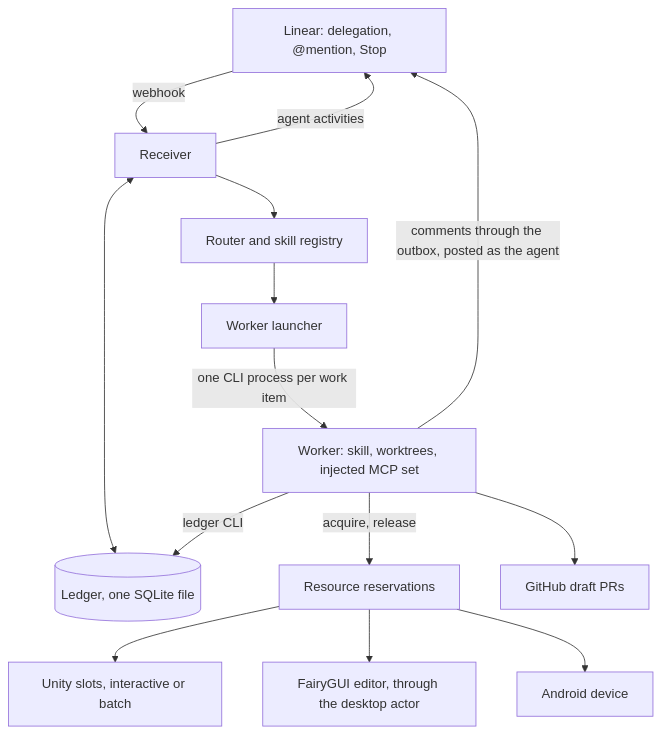
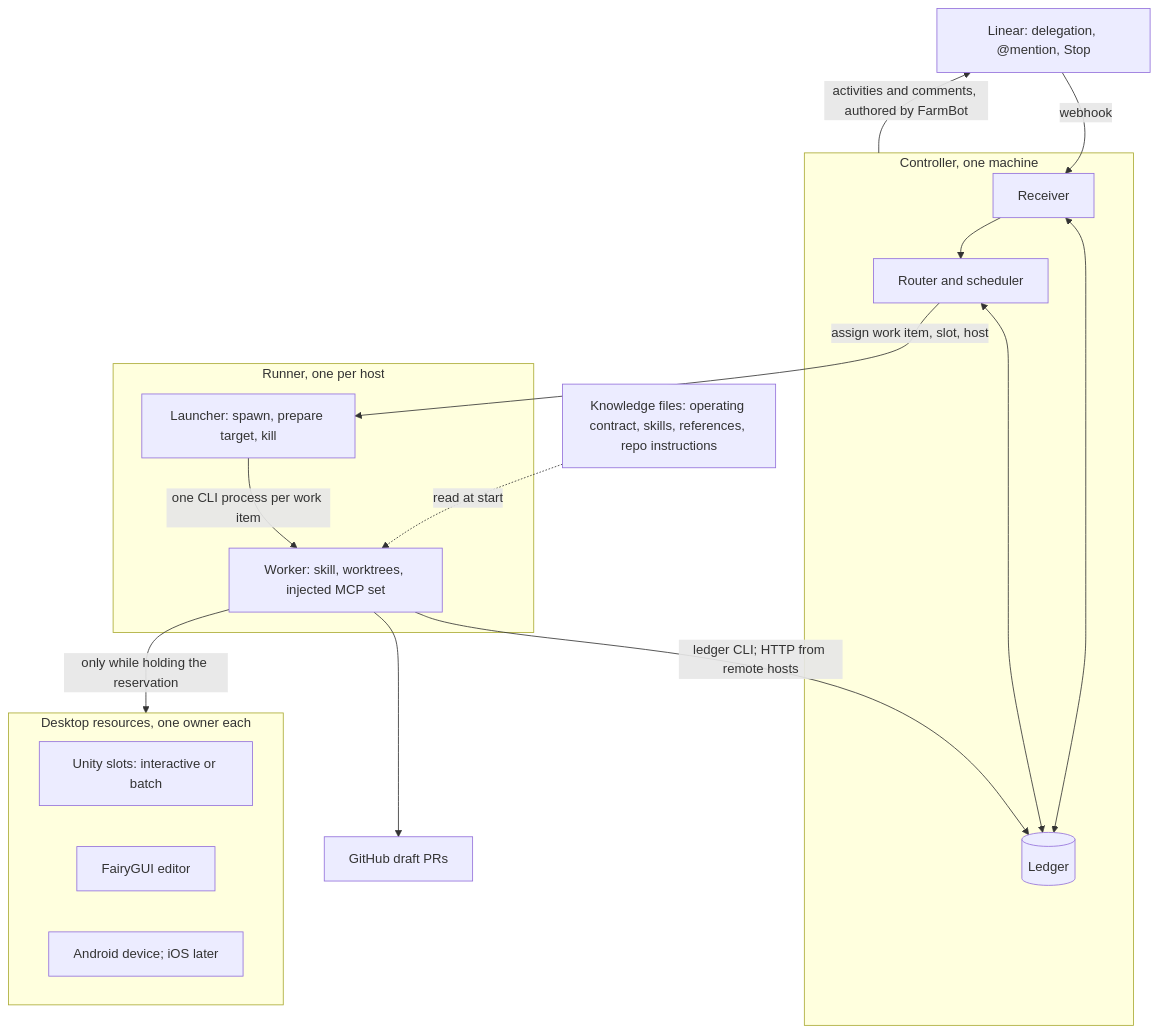
The diagram in docs/superpowers/specs/2026-09-17-farm-linear-agent-design.md (Kuaiwa-Network/farm-linear-agent), drawn with Mermaid before and after one commit.

Commit message:
docs: architecture diagram shows controller, runners, memory input and return path

````diff
--- a/docs/superpowers/specs/2026-09-17-farm-linear-agent-design.md
+++ b/docs/superpowers/specs/2026-09-17-farm-linear-agent-design.md
@@ -63,16 +63,23 @@
 ```mermaid
 flowchart TD
-    L[Linear: delegation, @mention, Stop] -->|webhook| R[Receiver]
-    R <--> D[(Ledger, one SQLite file)]
-    R --> RT[Router and skill registry]
-    RT --> LA[Worker launcher]
-    LA -->|one CLI process per work item| W[Worker: skill, worktrees, injected MCP set]
-    W -->|ledger CLI| D
-    W -->|acquire, release| RES[Resource reservations]
-    RES --> U[Unity slots, interactive or batch]
-    RES --> F[FairyGUI editor, through the desktop actor]
-    RES --> A[Android device]
+    L[Linear: delegation, @mention, Stop] -->|webhook| R
+    subgraph C[Controller, one machine]
+        R[Receiver] <--> D[(Ledger)]
+        R --> RT[Router and scheduler]
+        RT <--> D
+    end
+    RT -->|assign work item, slot, host| LA
+    subgraph H[Runner, one per host]
+        LA[Launcher: spawn, prepare target, kill] -->|one CLI process per work item| W[Worker: skill, worktrees, injected MCP set]
+    end
+    W -->|ledger CLI; HTTP from remote hosts| D
+    K[Knowledge files: operating contract, skills, references, repo instructions] -.->|read at start| W
+    W -->|only while holding the reservation| RES
+    subgraph RES[Desktop resources, one owner each]
+        U[Unity slots: interactive or batch]
+        F[FairyGUI editor]
+        A[Android device; iOS later]
+    end
     W --> G[GitHub draft PRs]
-    R -->|agent activities| L
-    W -->|comments through the outbox, posted as the agent| L
+    C -->|activities and comments, authored by FarmBot| L
 ```
````
